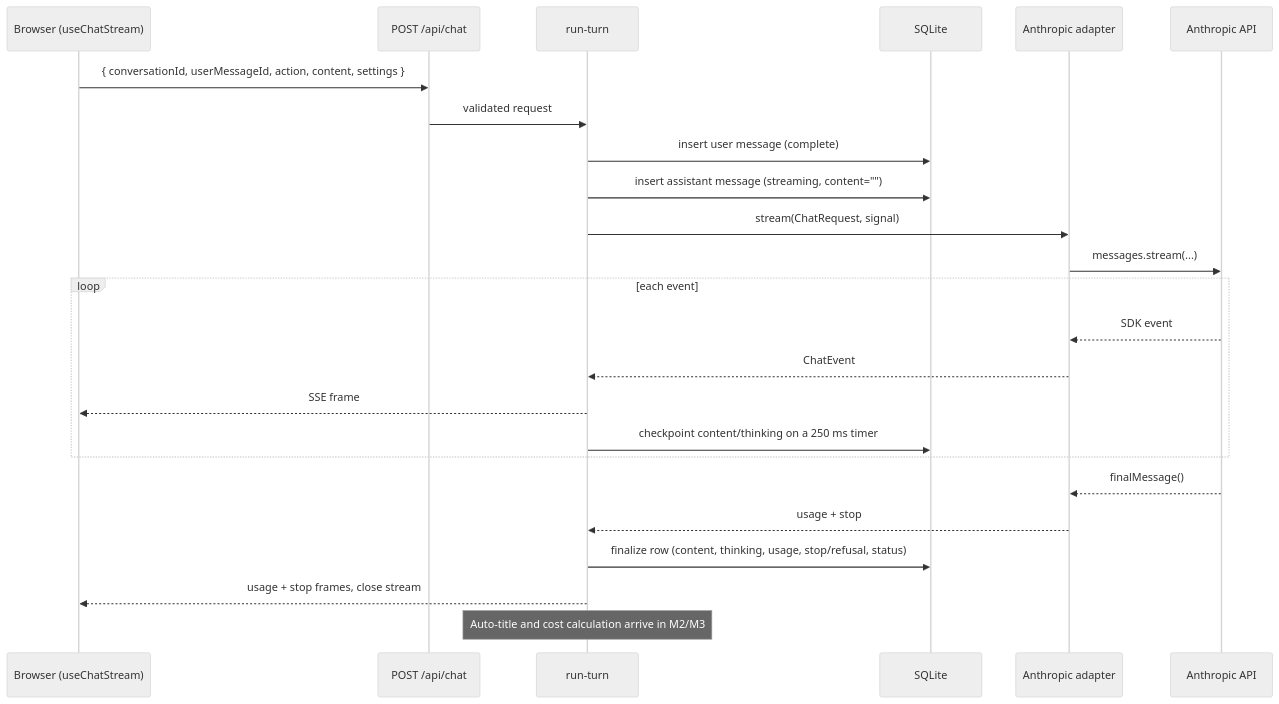
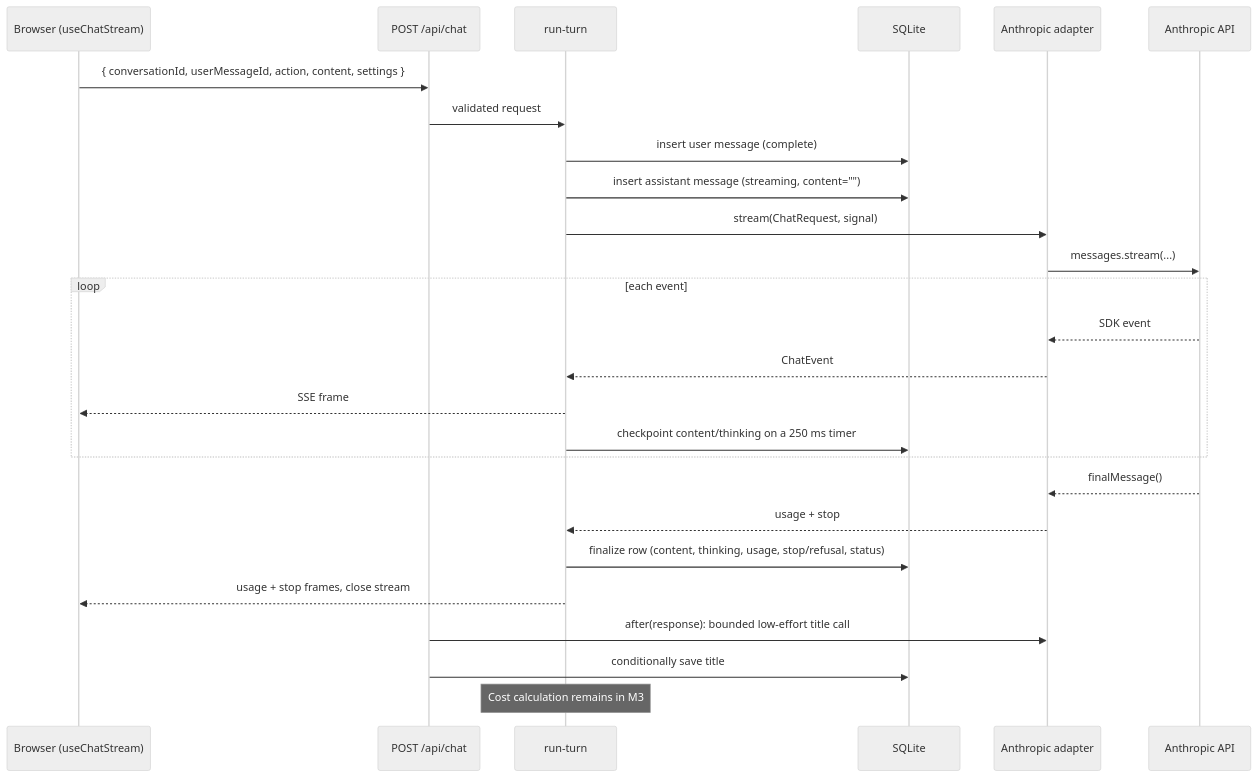
One commit to thedanielyuan/zeus-agent changed the second of 3 diagrams in docs/ARCHITECTURE.md. Above: the diagram before and after it, drawn with Mermaid (neutral theme). The commit also changed other lines of this file and 47 other files, not shown here.

````diff
--- a/docs/ARCHITECTURE.md
+++ b/docs/ARCHITECTURE.md
@@ -244,27 +244,29 @@
 ```mermaid
 sequenceDiagram
   participant UI as Browser (useChatStream)
   participant R as POST /api/chat
   participant T as run-turn
   participant DB as SQLite
   participant P as Anthropic adapter
   participant A as Anthropic API
 
   UI->>R: { conversationId, userMessageId, action, content, settings }
   R->>T: validated request
   T->>DB: insert user message (complete)
   T->>DB: insert assistant message (streaming, content="")
   T->>P: stream(ChatRequest, signal)
   P->>A: messages.stream(...)
   loop each event
     A-->>P: SDK event
     P-->>T: ChatEvent
     T-->>UI: SSE frame
     T->>DB: checkpoint content/thinking on a 250 ms timer
   end
   A-->>P: finalMessage()
   P-->>T: usage + stop
   T->>DB: finalize row (content, thinking, usage, stop/refusal, status)
   T-->>UI: usage + stop frames, close stream
-  Note over T: Auto-title and cost calculation arrive in M2/M3
+  R->>P: after(response): bounded low-effort title call
+  R->>DB: conditionally save title
+  Note over T: Cost calculation remains in M3
 ```
````
